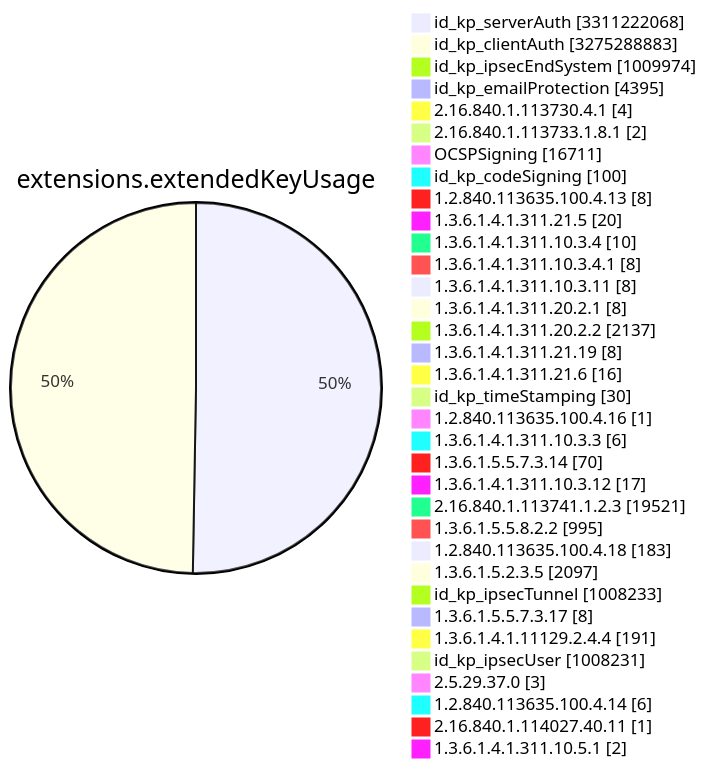
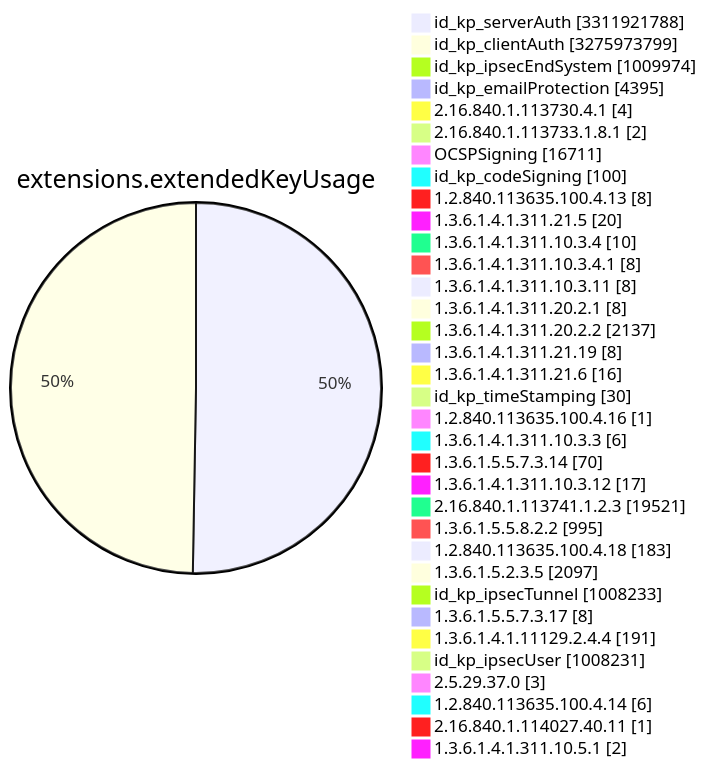
Before and after one commit to christiankrug/ctmonitor_visualization: diagram 11 of 15 in TOTAL/README.md, drawn with Mermaid. The commit also changed other lines of this file, not shown here.

````diff
--- a/TOTAL/README.md
+++ b/TOTAL/README.md
@@ -4120,38 +4120,38 @@
 ```mermaid
 pie showData
 title extensions.extendedKeyUsage
-"id_kp_serverAuth" :3311222068
-"id_kp_clientAuth" :3275288883
+"id_kp_serverAuth" :3311921788
+"id_kp_clientAuth" :3275973799
 "id_kp_ipsecEndSystem" :1009974
 "id_kp_emailProtection" :4395
 "2.16.840.1.113730.4.1" :4
 "2.16.840.1.113733.1.8.1" :2
 "OCSPSigning" :16711
 "id_kp_codeSigning" :100
 "1.2.840.113635.100.4.13" :8
 "1.3.6.1.4.1.311.21.5" :20
 "1.3.6.1.4.1.311.10.3.4" :10
 "1.3.6.1.4.1.311.10.3.4.1" :8
 "1.3.6.1.4.1.311.10.3.11" :8
 "1.3.6.1.4.1.311.20.2.1" :8
 "1.3.6.1.4.1.311.20.2.2" :2137
 "1.3.6.1.4.1.311.21.19" :8
 "1.3.6.1.4.1.311.21.6" :16
 "id_kp_timeStamping" :30
 "1.2.840.113635.100.4.16" :1
 "1.3.6.1.4.1.311.10.3.3" :6
 "1.3.6.1.5.5.7.3.14" :70
 "1.3.6.1.4.1.311.10.3.12" :17
 "2.16.840.1.113741.1.2.3" :19521
 "1.3.6.1.5.5.8.2.2" :995
 "1.2.840.113635.100.4.18" :183
 "1.3.6.1.5.2.3.5" :2097
 "id_kp_ipsecTunnel" :1008233
 "1.3.6.1.5.5.7.3.17" :8
 "1.3.6.1.4.1.11129.2.4.4" :191
 "id_kp_ipsecUser" :1008231
 "2.5.29.37.0" :3
 "1.2.840.113635.100.4.14" :6
 "2.16.840.1.114027.40.11" :1
 "1.3.6.1.4.1.311.10.5.1" :2
 ```
````
